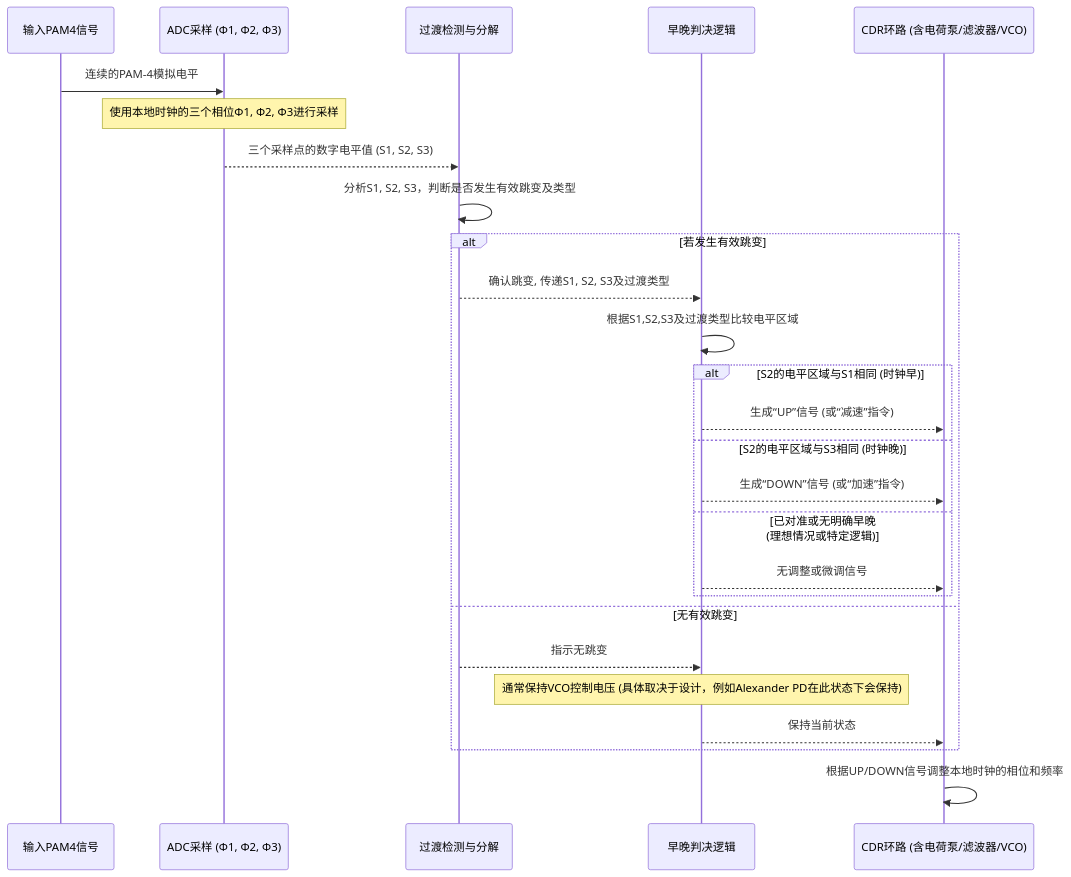
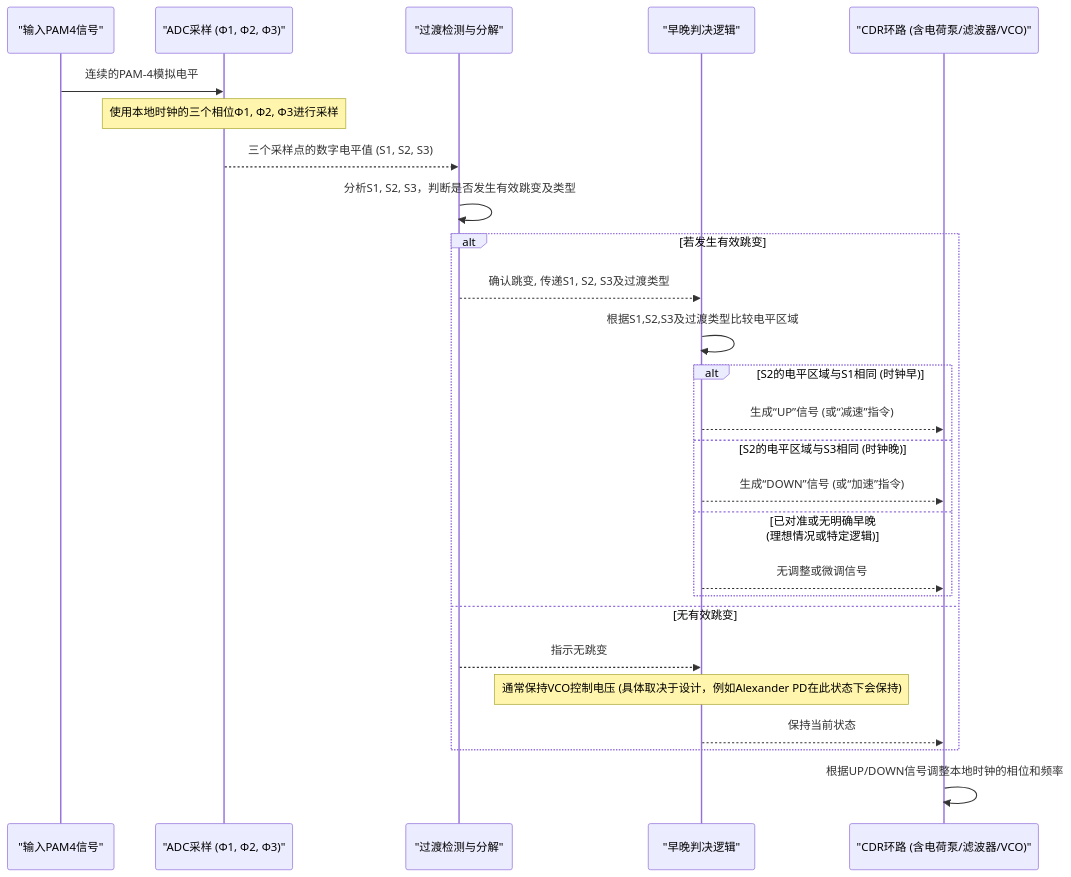
The second of 2 diagrams in output/Serializer_Deserializer_Component_Design/04_多电平相位检测器_.md (jueshi/PocketFlow-Tutorial-Codebase-Knowledge), drawn with Mermaid before and after one commit. The commit also changed other lines of this file and 282 other files, not shown here.

````diff
--- a/output/Serializer_Deserializer_Component_Design/04_多电平相位检测器_.md
+++ b/output/Serializer_Deserializer_Component_Design/04_多电平相位检测器_.md
@@ -87,29 +86,29 @@
 ```mermaid
 sequenceDiagram
-    participant InputPAM4 as 输入PAM4信号
-    participant ADC_Sampler as ADC采样 (Φ1, Φ2, Φ3)
-    participant TransitionDetector as 过渡检测与分解
-    participant EarlyLateLogic as 早晚判决逻辑
-    participant CDR_Loop as CDR环路 (含电荷泵/滤波器/VCO)
+    participant InputPAM4 as "输入PAM4信号"
+    participant ADC_Sampler as "ADC采样 (Φ1, Φ2, Φ3)"
+    participant TransitionDetector as "过渡检测与分解"
+    participant EarlyLateLogic as "早晚判决逻辑"
+    participant CDR_Loop as "CDR环路 (含电荷泵/滤波器/VCO)"
 
     InputPAM4->>ADC_Sampler: 连续的PAM-4模拟电平
     Note over ADC_Sampler: 使用本地时钟的三个相位Φ1, Φ2, Φ3进行采样
     ADC_Sampler-->>TransitionDetector: 三个采样点的数字电平值 (S1, S2, S3)
     TransitionDetector->>TransitionDetector: 分析S1, S2, S3，判断是否发生有效跳变及类型
     alt 若发生有效跳变
         TransitionDetector-->>EarlyLateLogic: 确认跳变, 传递S1, S2, S3及过渡类型
         EarlyLateLogic->>EarlyLateLogic: 根据S1,S2,S3及过渡类型比较电平区域
         alt S2的电平区域与S1相同 (时钟早)
             EarlyLateLogic-->>CDR_Loop: 生成“UP”信号 (或“减速”指令)
         else S2的电平区域与S3相同 (时钟晚)
             EarlyLateLogic-->>CDR_Loop: 生成“DOWN”信号 (或“加速”指令)
         else 已对准或无明确早晚 (理想情况或特定逻辑)
             EarlyLateLogic-->>CDR_Loop: 无调整或微调信号
         end
     else 无有效跳变
          TransitionDetector-->>EarlyLateLogic: 指示无跳变
          Note over EarlyLateLogic: 通常保持VCO控制电压 (具体取决于设计，例如Alexander PD在此状态下会保持)
          EarlyLateLogic-->>CDR_Loop: 保持当前状态
     end
     CDR_Loop->>CDR_Loop: 根据UP/DOWN信号调整本地时钟的相位和频率
 ```
````
